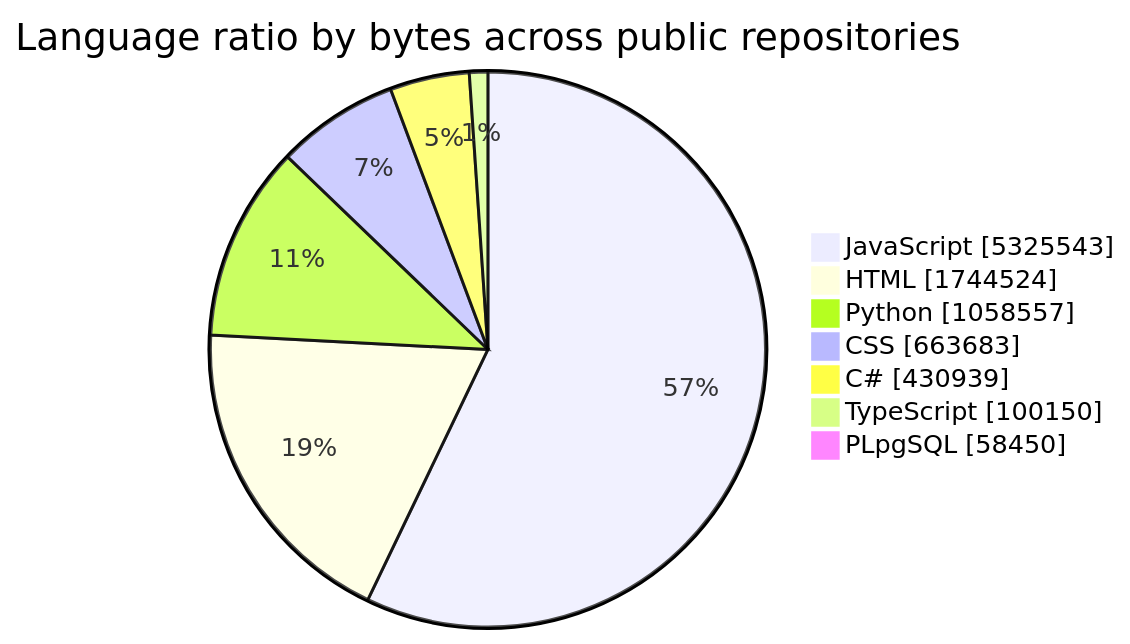
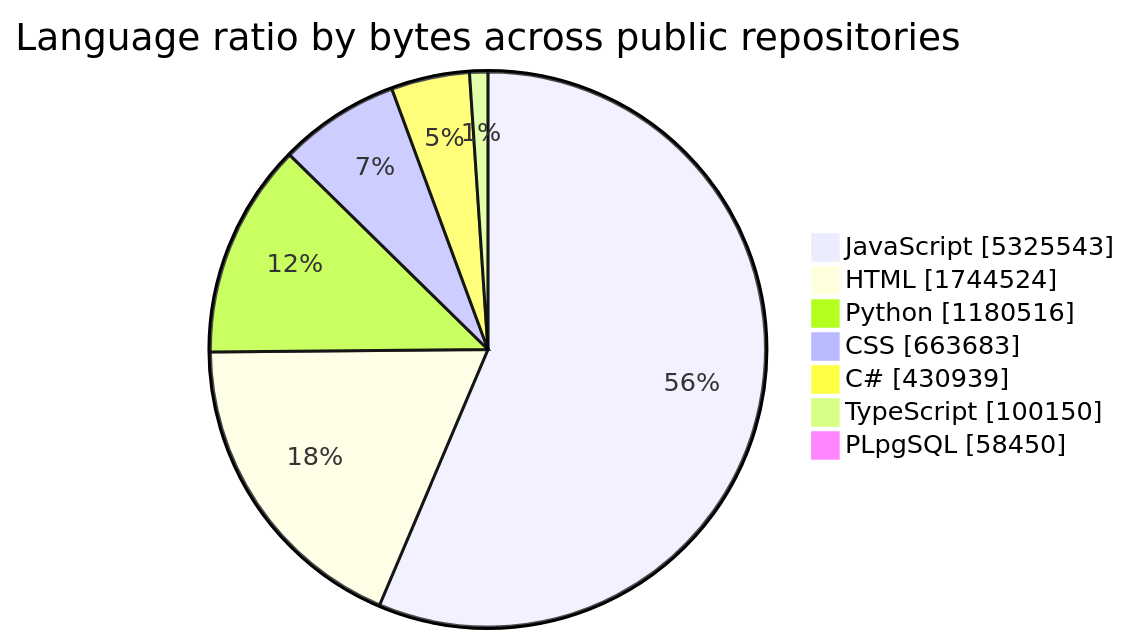
One commit to tchinso/tchinso changed the first of 2 diagrams in README.md. Above: the diagram before and after it, drawn with Mermaid. The commit also changed other lines of this file, not shown here.

````diff
--- a/README.md
+++ b/README.md
@@ -24,11 +24,11 @@
 ```mermaid
 pie showData
     title Language ratio by bytes across public repositories
     "JavaScript" : 5325543
     "HTML" : 1744524
-    "Python" : 1058557
+    "Python" : 1180516
     "CSS" : 663683
     "C#" : 430939
     "TypeScript" : 100150
     "PLpgSQL" : 58450
 ```
````
